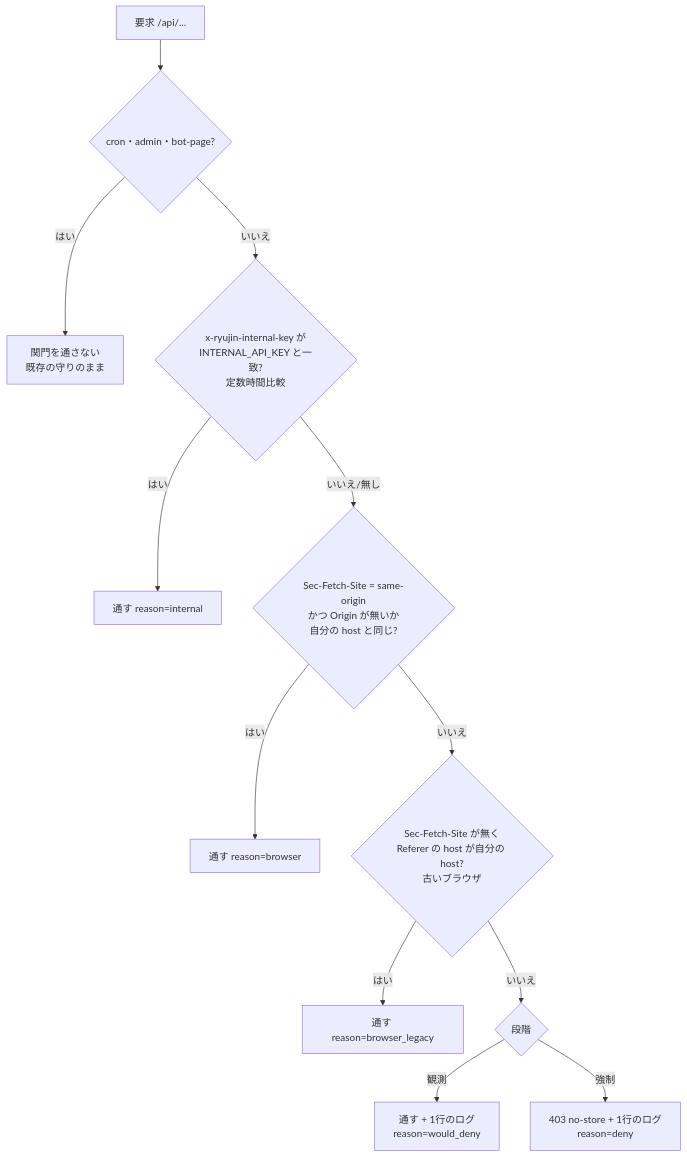
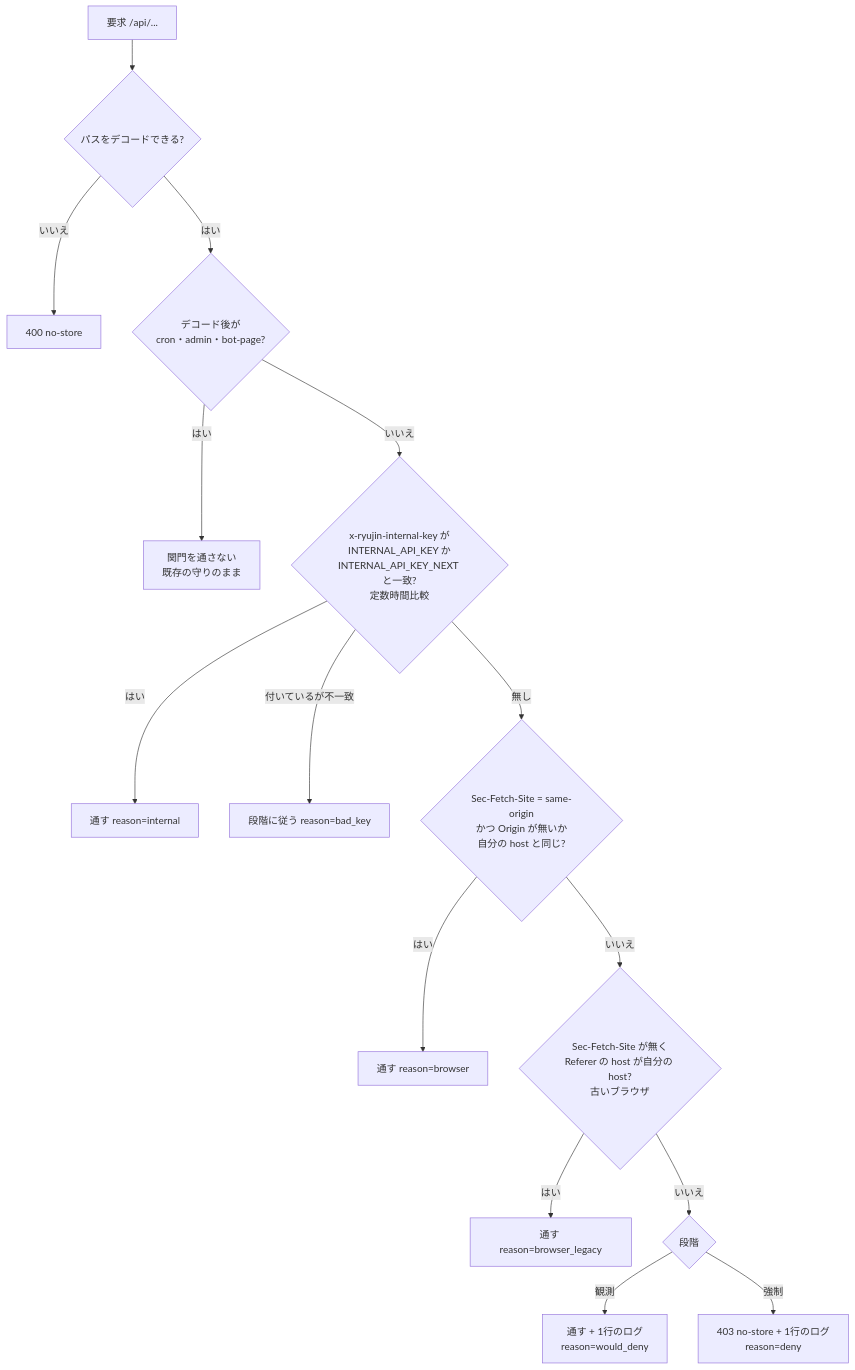
The second of 3 diagrams in docs/design/public-api-lockdown/plan.md (rhapsody0919/boatrace-ai-predictor), drawn with Mermaid before and after one commit. The commit also changed other lines of this file and 3 other files, not shown here.

Commit message:
docs(design): system-architect の審査を反映し ADR-0102 を追加（BOA-1110）

````diff
--- a/docs/design/public-api-lockdown/plan.md
+++ b/docs/design/public-api-lockdown/plan.md
@@ -100,14 +105,17 @@
 ```mermaid
 flowchart TD
-  R[要求 /api/...] --> X{cron・admin・bot-page?}
+  R[要求 /api/...] --> D{パスをデコードできる?}
+  D -- いいえ --> DENY0[400 no-store]
+  D -- はい --> X{デコード後が<br/>cron・admin・bot-page?}
   X -- はい --> PASS0[関門を通さない<br/>既存の守りのまま]
-  X -- いいえ --> K{x-ryujin-internal-key が<br/>INTERNAL_API_KEY と一致?<br/>定数時間比較}
+  X -- いいえ --> K{x-ryujin-internal-key が<br/>INTERNAL_API_KEY か<br/>INTERNAL_API_KEY_NEXT と一致?<br/>定数時間比較}
   K -- はい --> OK1[通す reason=internal]
-  K -- いいえ/無し --> S{Sec-Fetch-Site = same-origin<br/>かつ Origin が無いか<br/>自分の host と同じ?}
+  K -- 付いているが不一致 --> BAD[段階に従う reason=bad_key]
+  K -- 無し --> S{Sec-Fetch-Site = same-origin<br/>かつ Origin が無いか<br/>自分の host と同じ?}
   S -- はい --> OK2[通す reason=browser]
   S -- いいえ --> L{Sec-Fetch-Site が無く<br/>Referer の host が自分の host?<br/>古いブラウザ}
   L -- はい --> OK3[通す reason=browser_legacy]
   L -- いいえ --> M{段階}
   M -- 観測 --> LOG[通す + 1行のログ<br/>reason=would_deny]
   M -- 強制 --> DENY[403 no-store + 1行のログ<br/>reason=deny]
 ```
````
